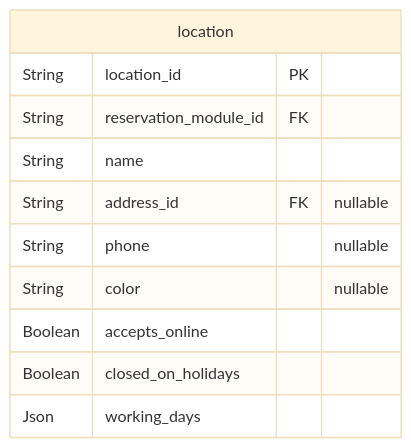
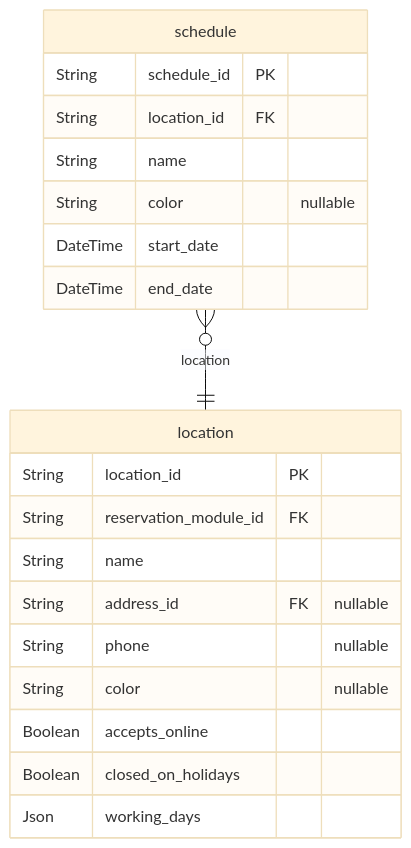
Diagram 35 of 38 in prisma/schemas/ERD.md (pbozic/be-analyisis), drawn with Mermaid (base theme) before and after one commit. The commit also changed other lines of this file and 3 other files, not shown here.

````diff
--- a/prisma/schemas/ERD.md
+++ b/prisma/schemas/ERD.md
@@ -7769,14 +8170,23 @@
 ```mermaid
 erDiagram
 "location" {
   String location_id PK
   String reservation_module_id FK
   String name
   String address_id FK "nullable"
   String phone "nullable"
   String color "nullable"
   Boolean accepts_online
   Boolean closed_on_holidays
   Json working_days
 }
+"schedule" {
+  String schedule_id PK
+  String location_id FK
+  String name
+  String color "nullable"
+  DateTime start_date
+  DateTime end_date
+}
+"schedule" }o--|| "location" : location
 ```
````
